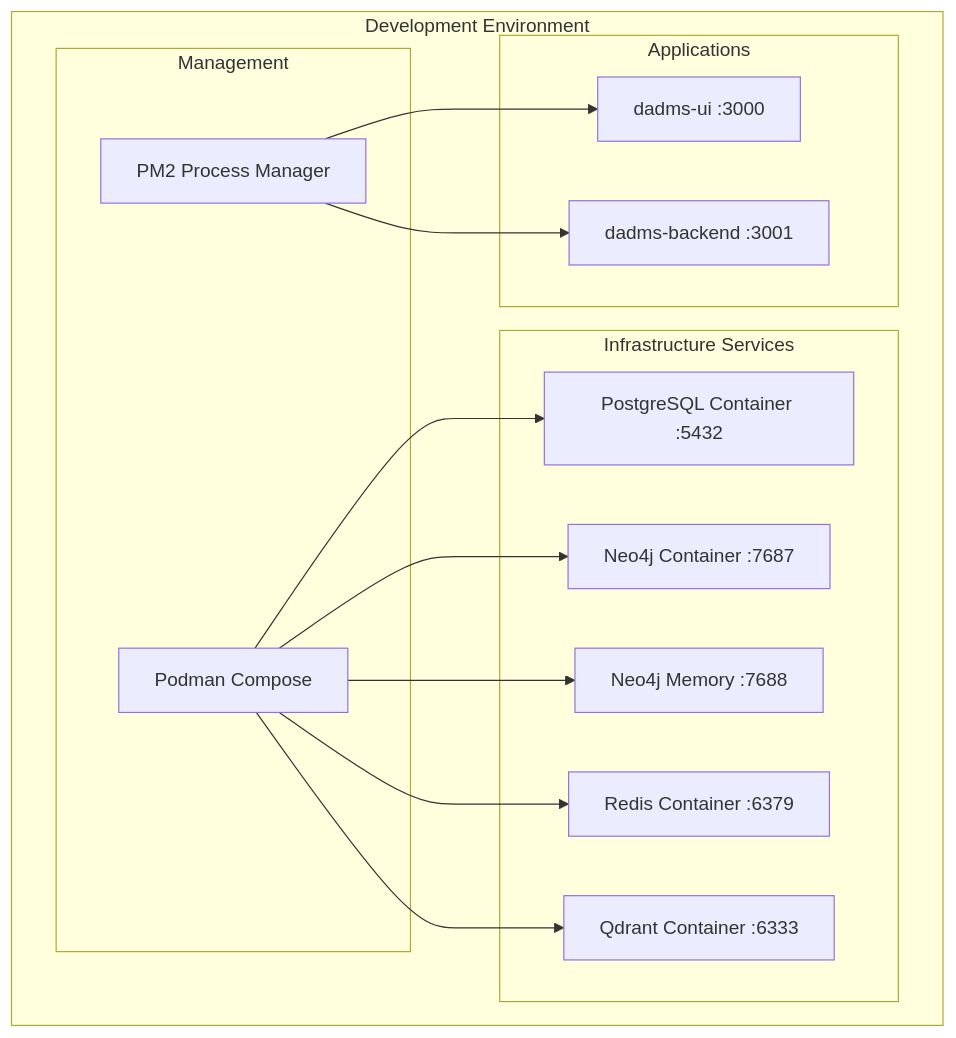
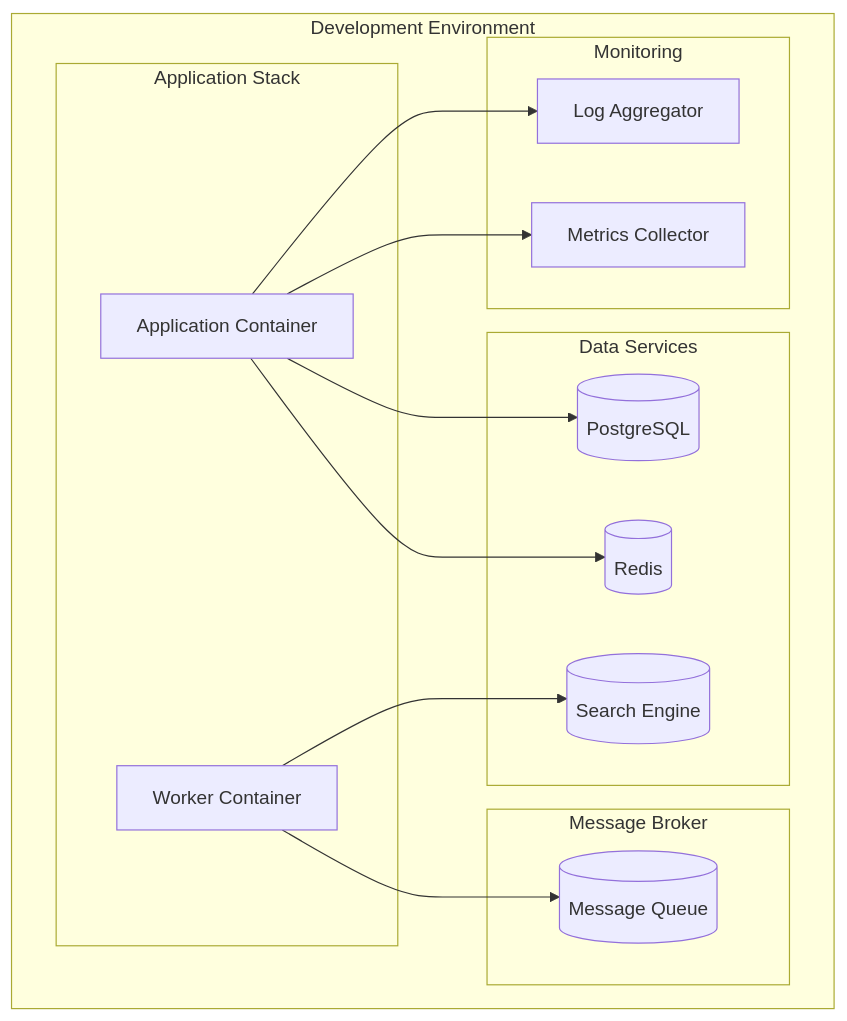
Before and after one commit to laserpointlabs/procos: the second of 3 diagrams in .cursor/rules/architecture-maintenance.mdc, drawn with Mermaid. The commit also changed other lines of this file and 10 other files, not shown here.

````diff
--- a/.cursor/rules/architecture-maintenance.mdc
+++ b/.cursor/rules/architecture-maintenance.mdc
@@ -104,30 +99,31 @@
 ```mermaid
 graph TB
     subgraph "Development Environment"
-        subgraph "Applications"
-            UI_APP[dadms-ui :3000]
-            BACKEND[dadms-backend :3001]
+        subgraph "Application Stack"
+            APP[Application Container]
+            WORKER[Worker Container]
         end
         
-        subgraph "Infrastructure Services"
-            PG_CONTAINER[PostgreSQL Container :5432]
-            NEO_CONTAINER[Neo4j Container :7687]
-            NEO_MEM[Neo4j Memory :7688]
-            REDIS_CONTAINER[Redis Container :6379]
-            QDRANT_CONTAINER[Qdrant Container :6333]
+        subgraph "Data Services"
+            DB[(PostgreSQL)]
+            CACHE[(Redis)]
+            SEARCH[(Search Engine)]
         end
         
-        subgraph "Management"
-            PM2[PM2 Process Manager]
-            PODMAN[Podman Compose]
+        subgraph "Message Broker"
+            MQ[(Message Queue)]
+        end
+        
+        subgraph "Monitoring"
+            LOGS[Log Aggregator]
+            METRICS[Metrics Collector]
         end
     end
     
-    PM2 --> UI_APP
-    PM2 --> BACKEND
-    PODMAN --> PG_CONTAINER
-    PODMAN --> NEO_CONTAINER
-    PODMAN --> NEO_MEM
-    PODMAN --> REDIS_CONTAINER
-    PODMAN --> QDRANT_CONTAINER
+    APP --> DB
+    APP --> CACHE
+    WORKER --> MQ
+    WORKER --> SEARCH
+    APP --> LOGS
+    APP --> METRICS
 ```
````
